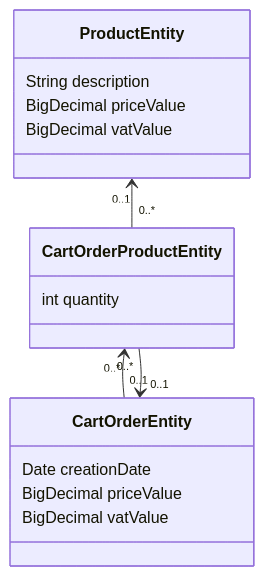
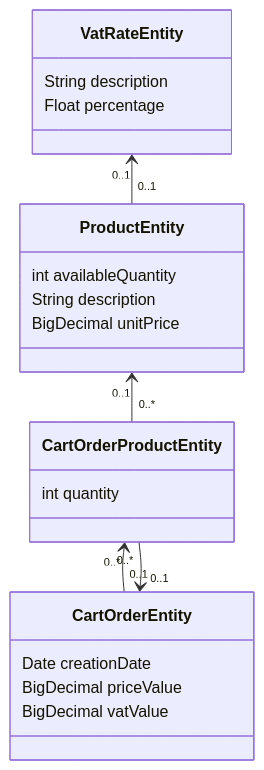
One commit to EvandroMaddes/purchase-cart changed the diagram in README.md. Above: the diagram before and after it, drawn with Mermaid.

Commit message:
updated jpa model

````diff
--- a/README.md
+++ b/README.md
@@ -5,21 +5,27 @@
 ```mermaid 
 classDiagram
-direction BT
-class CartOrderEntity {
-Date  creationDate
-BigDecimal  priceValue
-BigDecimal  vatValue
-}
-class CartOrderProductEntity {
-int  quantity
-}
-class ProductEntity {
-String  description
-BigDecimal  priceValue
-BigDecimal  vatValue
-}
-CartOrderEntity "0..1" --> "0..*" CartOrderProductEntity
-CartOrderProductEntity "0..*" --> "0..1" CartOrderEntity
-CartOrderProductEntity "0..*" --> "0..1" ProductEntity
+  direction BT
+   class CartOrderEntity {
+    Date  creationDate
+    BigDecimal  priceValue
+    BigDecimal  vatValue
+  }
+  class CartOrderProductEntity {
+    int  quantity
+  }
+  class ProductEntity {
+    int  availableQuantity
+    String  description
+    BigDecimal  unitPrice
+  }
+  class VatRateEntity {
+    String  description
+    Float  percentage
+  }
+
+  CartOrderEntity "0..1" --> "0..*" CartOrderProductEntity
+  CartOrderProductEntity "0..*" --> "0..1" CartOrderEntity
+  CartOrderProductEntity "0..*" --> "0..1" ProductEntity
+  ProductEntity "0..1" --> "0..1" VatRateEntity
 
 ```
````
